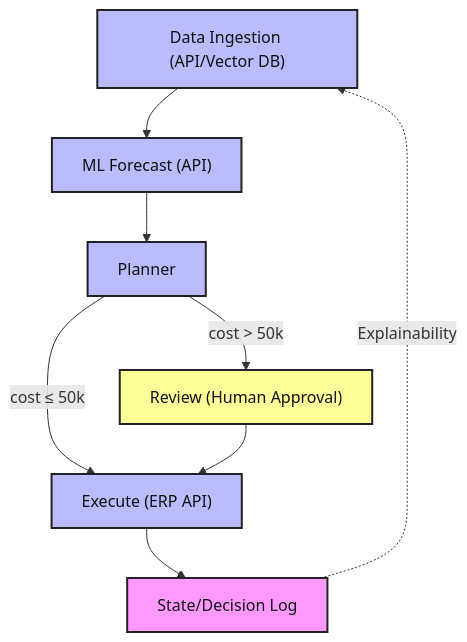
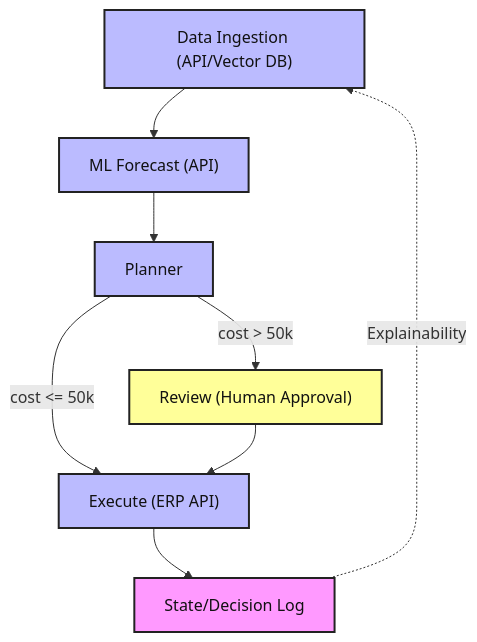
Before and after one commit to AgnesYYQ/supply-chain-reorder: the second of 2 diagrams in README.md, drawn with Mermaid. The commit also changed other lines of this file, not shown here.

````diff
--- a/README.md
+++ b/README.md
@@ -39,16 +65,16 @@
 ```mermaid
 flowchart TD
 	A["Data Ingestion (API/Vector DB)"] --> B["ML Forecast (API)"]
 	B --> C["Planner"]
 	C -->|cost > 50k| D["Review (Human Approval)"]
-	C -->|cost ≤ 50k| E["Execute (ERP API)"]
+	C -->|cost <= 50k| E["Execute (ERP API)"]
 	D --> E
 	E --> F["State/Decision Log"]
 	F -.->|Explainability| A
 	style F fill:#f9f,stroke:#222,stroke-width:2px,color:#111
 	style D fill:#ff9,stroke:#222,stroke-width:2px,color:#111
 	style A fill:#bbf,stroke:#222,stroke-width:2px,color:#111
 	style B fill:#bbf,stroke:#222,stroke-width:2px,color:#111
 	style C fill:#bbf,stroke:#222,stroke-width:2px,color:#111
 	style E fill:#bbf,stroke:#222,stroke-width:2px,color:#111
 ```
````
